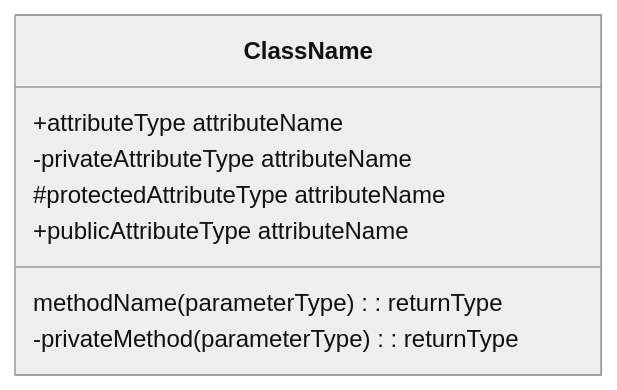
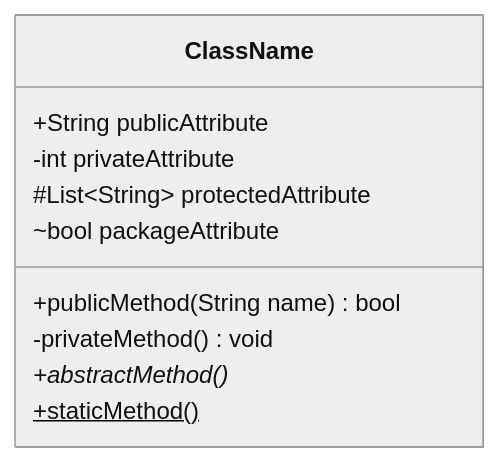
Before and after one commit to hgrabows/diagrammer-skills: the third of 15 diagrams in skills/diagrammer/specs/mermaid/classDiagram.md, drawn with Mermaid (neutral theme). The commit also changed other lines of this file and 25 other files, not shown here.

First line of the commit message:
feat: support Mermaid 12 and add ten diagram types

````diff
--- a/skills/diagrammer/specs/mermaid/classDiagram.md
+++ b/skills/diagrammer/specs/mermaid/classDiagram.md
@@ -49,11 +63,13 @@
 ```mermaid
 classDiagram
     class ClassName {
-        +attributeType attributeName
-        -privateAttributeType attributeName
-        #protectedAttributeType attributeName
-        +publicAttributeType attributeName
-        methodName(parameterType): returnType
-        -privateMethod(parameterType): returnType
+        +String publicAttribute
+        -int privateAttribute
+        #List~String~ protectedAttribute
+        ~bool packageAttribute
+        +publicMethod(String name) bool
+        -privateMethod() void
+        +abstractMethod()*
+        +staticMethod()$
     }
 ```
````
